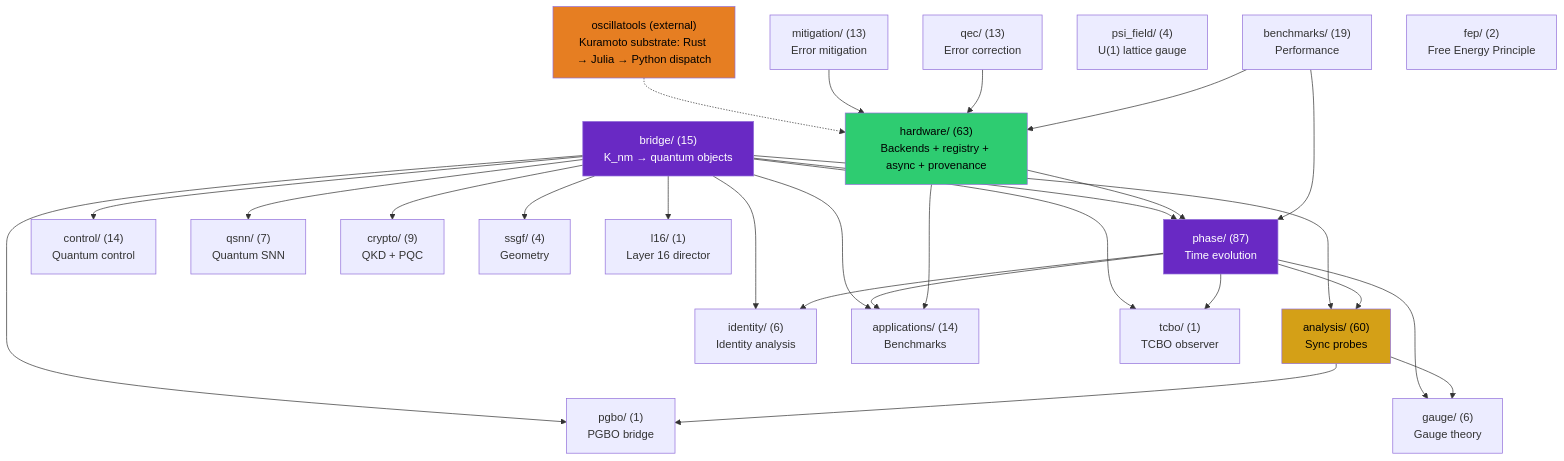
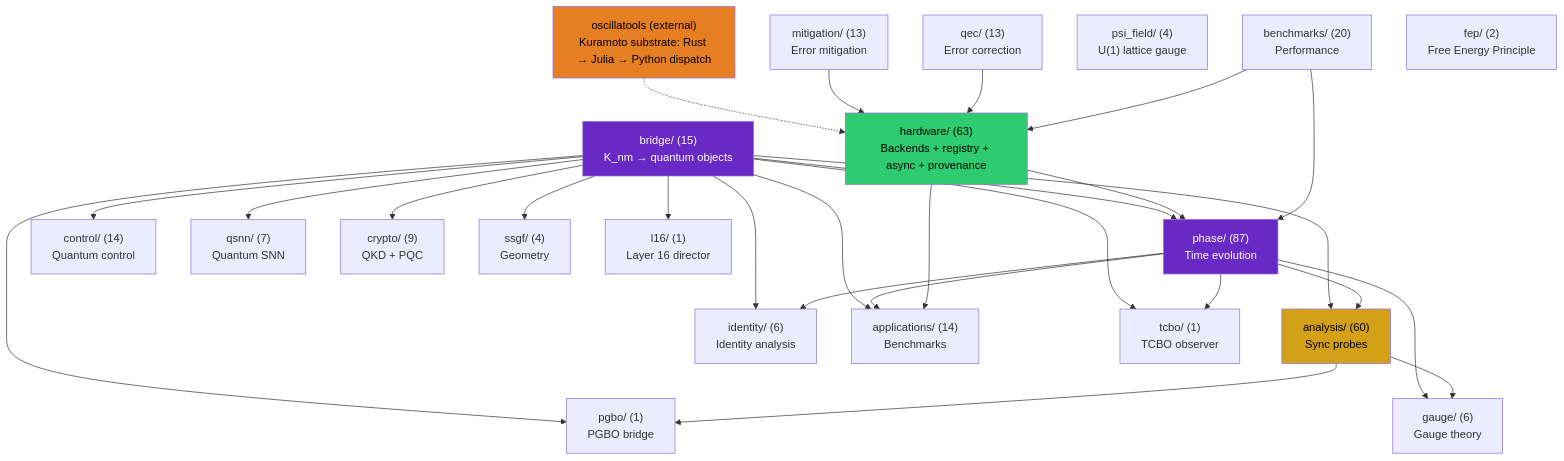
Before and after one commit to anulum/scpn-quantum-control: the first of 4 diagrams in docs/architecture.md, drawn with Mermaid. The commit also changed 16 other files, not shown here.

````diff
--- a/docs/architecture.md
+++ b/docs/architecture.md
@@ -88,55 +88,55 @@
 ```mermaid
 graph TD
     bridge["bridge/ (15)\nK_nm → quantum objects"]
     phase["phase/ (87)\nTime evolution"]
     analysis["analysis/ (60)\nSync probes"]
     control["control/ (14)\nQuantum control"]
     qsnn["qsnn/ (7)\nQuantum SNN"]
     identity["identity/ (6)\nIdentity analysis"]
     hardware["hardware/ (63)\nBackends + registry + async + provenance"]
     mitigation["mitigation/ (13)\nError mitigation"]
     qec["qec/ (13)\nError correction"]
     gauge["gauge/ (6)\nGauge theory"]
     apps["applications/ (14)\nBenchmarks"]
     crypto["crypto/ (9)\nQKD + PQC"]
-    benchmarks["benchmarks/ (19)\nPerformance"]
+    benchmarks["benchmarks/ (20)\nPerformance"]
     ssgf["ssgf/ (4)\nGeometry"]
     psi_field["psi_field/ (4)\nU(1) lattice gauge"]
     oscillatools["oscillatools (external)\nKuramoto substrate: Rust → Julia → Python dispatch"]
     fep["fep/ (2)\nFree Energy Principle"]
     tcbo["tcbo/ (1)\nTCBO observer"]
     pgbo["pgbo/ (1)\nPGBO bridge"]
     l16["l16/ (1)\nLayer 16 director"]
 
     bridge --> phase
     bridge --> analysis
     bridge --> control
     bridge --> qsnn
     bridge --> identity
     bridge --> apps
     bridge --> crypto
     bridge --> ssgf
     phase --> analysis
     phase --> identity
     phase --> apps
     phase --> gauge
     analysis --> gauge
     hardware --> phase
     hardware --> apps
     oscillatools -.-> hardware
     mitigation --> hardware
     qec --> hardware
     benchmarks --> phase
     benchmarks --> hardware
     bridge --> tcbo
     bridge --> pgbo
     bridge --> l16
     phase --> tcbo
     analysis --> pgbo
 
     style bridge fill:#6929C4,color:#fff
     style analysis fill:#d4a017,color:#000
     style phase fill:#6929C4,color:#fff
     style hardware fill:#2ecc71,color:#000
     style oscillatools fill:#e67e22,color:#000
 ```
````
